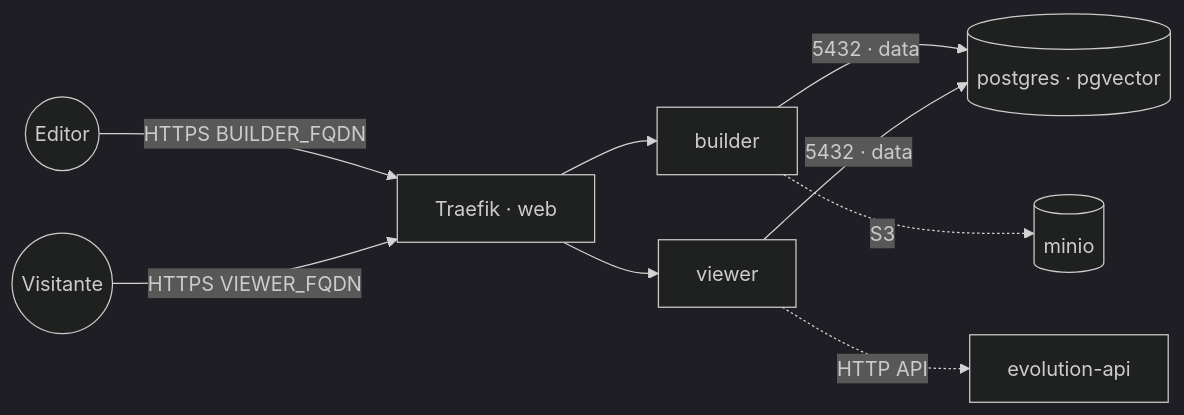
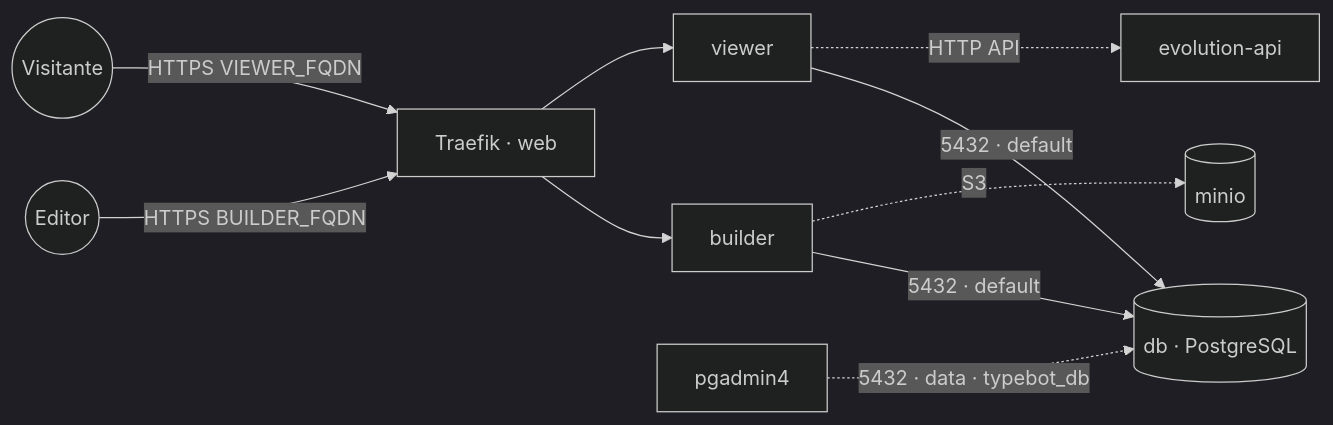
Before and after one commit to marcelofmatos/portainer-stacks: the diagram in typebot/README.md, drawn with Mermaid (dark theme). The commit also changed other lines of this file and 23 other files, not shown here.

First line of the commit message:
Refactor stacks to use embedded PostgreSQL instead of shared instances

````diff
--- a/typebot/README.md
+++ b/typebot/README.md
@@ -15,11 +17,12 @@
 ```mermaid
 flowchart LR
     editor((Editor)) -->|HTTPS BUILDER_FQDN| traefik[Traefik · web]
     visitante((Visitante)) -->|HTTPS VIEWER_FQDN| traefik
     traefik --> builder[builder]
     traefik --> viewer[viewer]
-    builder -->|5432 · data| pg[(postgres · pgvector)]
-    viewer -->|5432 · data| pg
+    builder -->|5432 · default| db[(db · PostgreSQL)]
+    viewer -->|5432 · default| db
+    pg[pgadmin4] -.->|5432 · data · typebot_db| db
     viewer -.->|HTTP API| evo[evolution-api]
     builder -.->|S3| minio[(minio)]
 ```
````
